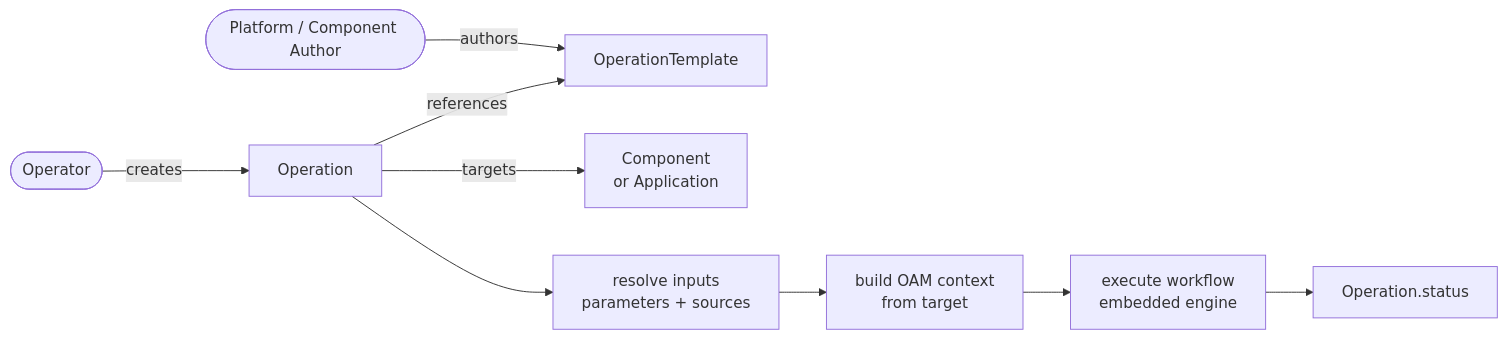
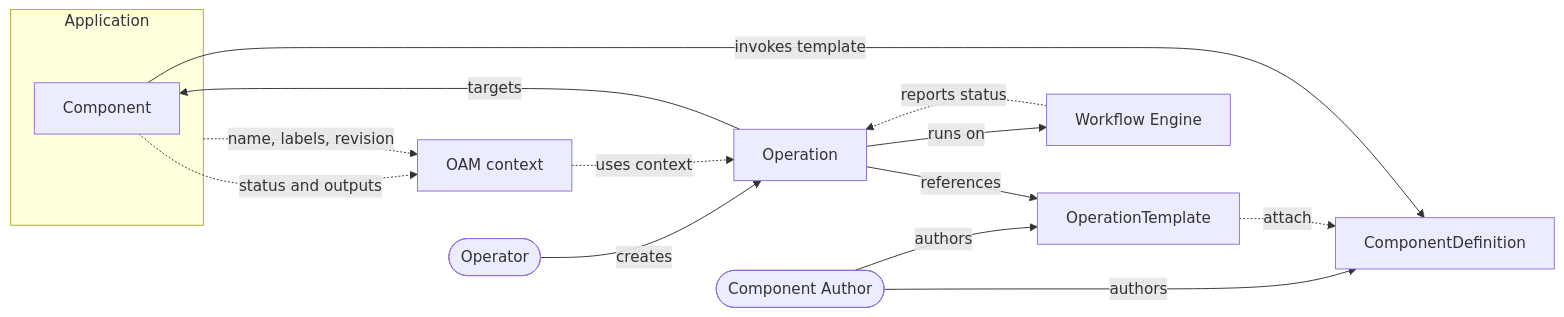
The first of 7 diagrams in design/vela-core/keps/2.15-operations/README.md (vishal210893/kubevela), drawn with Mermaid before and after one commit. The commit also changed other lines of this file and 5 other files, not shown here.

First line of the commit message:
Docs(kep): KEP-2.15 OperationTemplate & Operation (#7341)

````diff
--- a/design/vela-core/keps/2.15-operations/README.md
+++ b/design/vela-core/keps/2.15-operations/README.md
@@ -14,13 +12,22 @@
 ```mermaid
 graph LR
-    PE([Platform / Component Author]) -->|authors| OT[OperationTemplate]
+    CA([Component Author]) -->|authors| CD[ComponentDefinition]
+    CA -->|authors| OT[OperationTemplate]
+    OT -.->|attach| CD
+
+    subgraph App["Application"]
+        Comp["Component"]
+    end
+    Comp -->|invokes template| CD
+
+    App -.->|name, labels, revision| CTX[OAM context]
+    Comp -.->|status and outputs| CTX
+
     OP([Operator]) -->|creates| O[Operation]
+    O -->|references| OT
+    O -->|targets| Comp
+    CTX -.->|uses context| O
 
-    O -->|references| OT
-    O -->|targets| T["Component<br/>or Application"]
-
-    O --> R[resolve inputs<br/>parameters + sources]
-    R --> C[build OAM context<br/>from target]
-    C --> W[execute workflow<br/>embedded engine]
-    W --> S[Operation.status]
+    O -->|runs on| W[Workflow Engine]
+    W -.->|reports status| O
 ```
````
